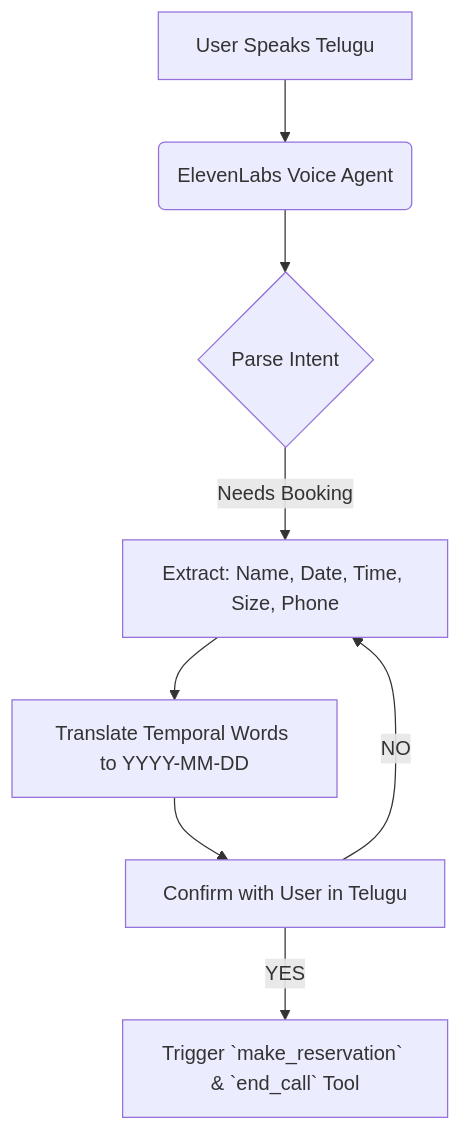
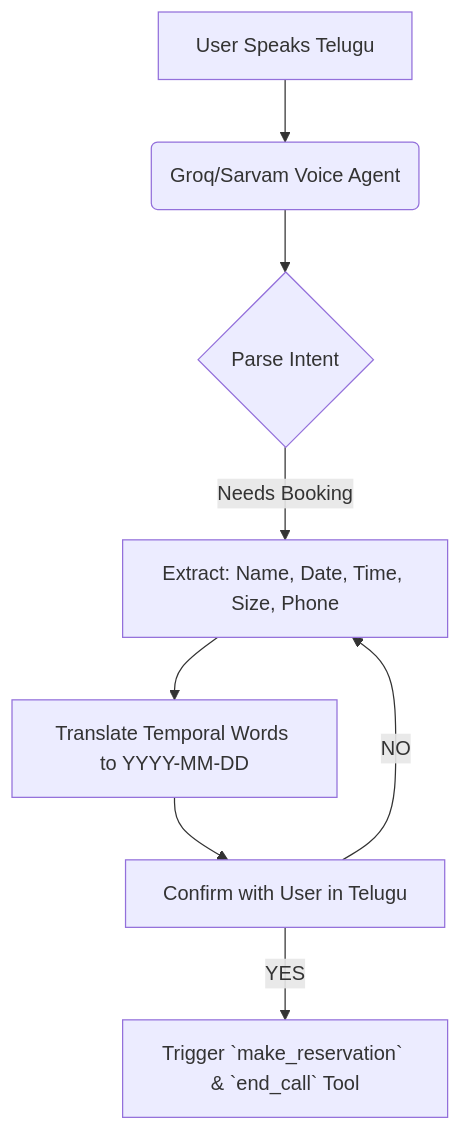
One commit to praffulgadadasu/Telugu-Voice-AI-Agent changed the diagram in README.md. Above: the diagram before and after it, drawn with Mermaid. The commit also changed other lines of this file and 3 other files, not shown here.

````diff
--- a/README.md
+++ b/README.md
@@ -17,10 +17,10 @@
 ```mermaid
 graph TD
-    A[User Speaks Telugu] --> B(ElevenLabs Voice Agent)
+    A[User Speaks Telugu] --> B(Groq/Sarvam Voice Agent)
     B --> C{Parse Intent}
     C -- "Needs Booking" --> D[Extract: Name, Date, Time, Size, Phone]
     D --> E[Translate Temporal Words to YYYY-MM-DD]
     E --> F[Confirm with User in Telugu]
     F -- "YES" --> G[Trigger `make_reservation` & `end_call` Tool]
     F -- "NO" --> D
 ```
````
